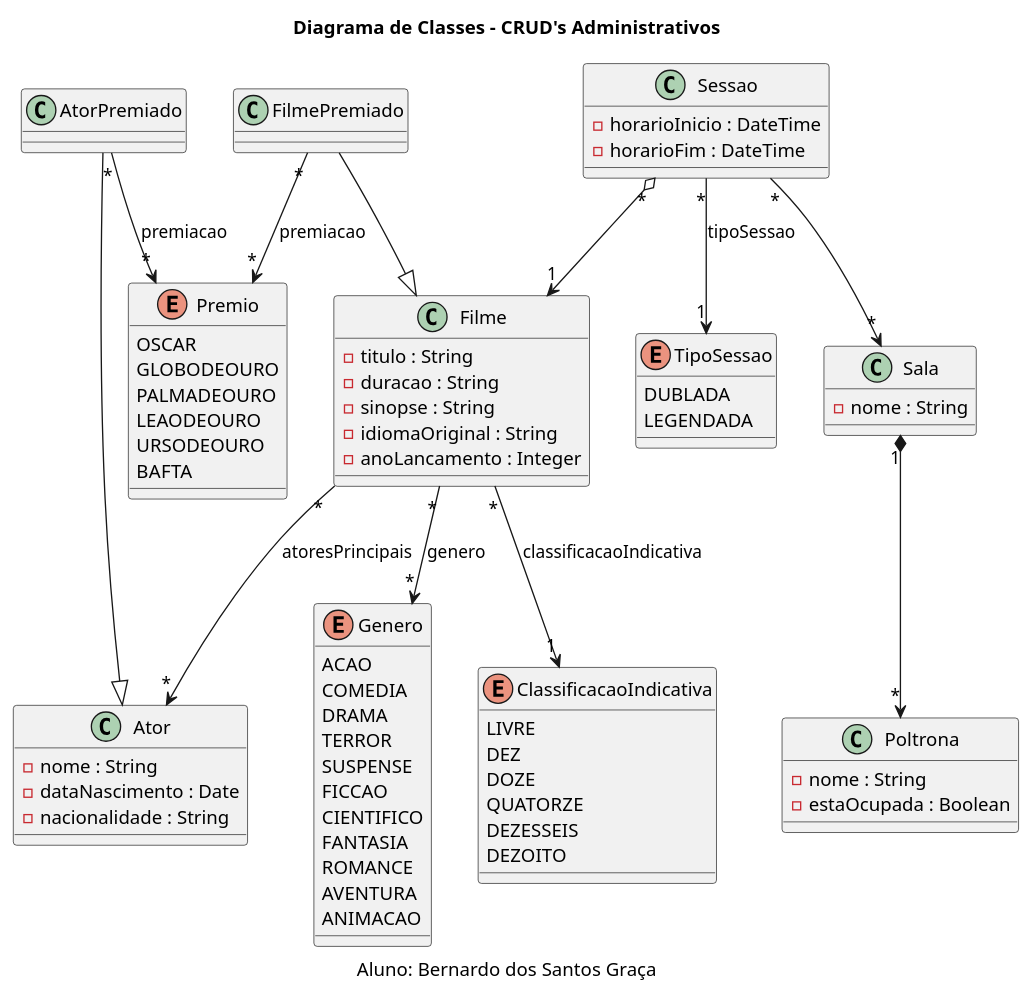
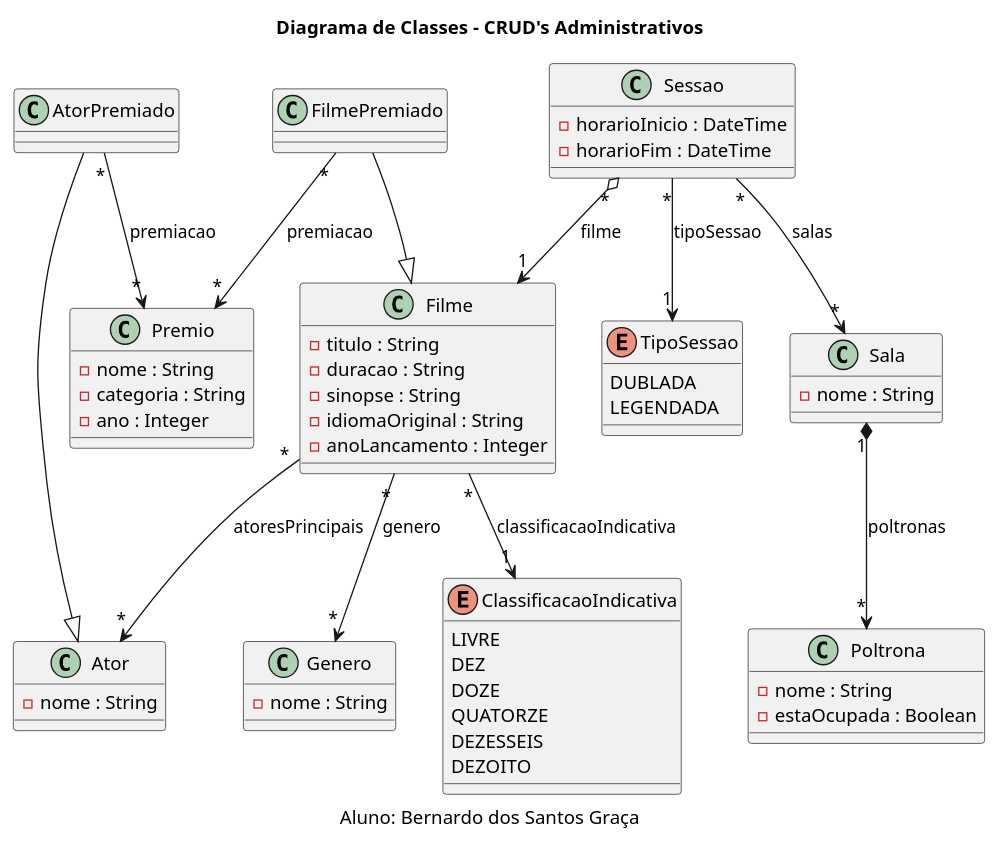
Before and after one commit to bernardoDSG/newsvi-tp1-api: the diagram in src/main/java/br/unitins/diagrams/classesProduto.puml, drawn with PlantUML. The commit also changed 5 other files, not shown here.

```diff
--- a/src/main/java/br/unitins/diagrams/classesProduto.puml
+++ b/src/main/java/br/unitins/diagrams/classesProduto.puml
@@ -1,114 +1,99 @@
 @startuml diagrama
 title Diagrama de Classes - CRUD's Administrativos
 caption Aluno: Bernardo dos Santos Graça
 
 ' --------------------
 ' Classes principais
 ' --------------------
 
 class Filme {
     - titulo : String
     - duracao : String
     - sinopse : String
     - idiomaOriginal : String 
     - anoLancamento : Integer
 }
 
 
 
 enum TipoSessao {
     DUBLADA
     LEGENDADA
 }
 
 enum ClassificacaoIndicativa {
     LIVRE
     DEZ
     DOZE
     QUATORZE
     DEZESSEIS
     DEZOITO
 }
 
-enum Premio {
-    OSCAR
-    GLOBODEOURO
-    PALMADEOURO
-    LEAODEOURO
-    URSODEOURO
-    BAFTA 
+class Premio {
+    - nome : String
+    - categoria : String
+    - ano : Integer
 }
 
-enum Genero {
-    ACAO
-    COMEDIA
-    DRAMA
-    TERROR
-    SUSPENSE
-    FICCAO
-    CIENTIFICO
-    FANTASIA
-    ROMANCE
-    AVENTURA
-    ANIMACAO
+class Genero {
+    - nome : String
 }
 
 
 class Ator {
     - nome : String
-    - dataNascimento : Date
-    - nacionalidade : String
 }
 
 
 
 class Sessao {
     - horarioInicio : DateTime
     - horarioFim : DateTime
 
 }
 
 class Sala {
     - nome : String
 }
 
 class Poltrona {
     - nome : String
     - estaOcupada : Boolean
 }
 
 
 ' --------------------
 ' Subclasses
 ' --------------------
 class AtorPremiado {
 
 }
 
 class FilmePremiado {
 
 }
 
 
 
 
 ' --------------------
 ' Herança
 ' --------------------
 
 AtorPremiado --|> Ator
 FilmePremiado --|> Filme
 
 ' --------------------
 ' Relacionamentos
 ' --------------------
 Filme "*" --> "*" Ator : atoresPrincipais
 Filme "*" --> "*" Genero : genero
 FilmePremiado "*" --> "*" Premio : premiacao
 AtorPremiado "*" --> "*" Premio : premiacao
 Sessao "*" --> "1" TipoSessao : tipoSessao
-Sessao "*" --> "*" Sala
-Sala "1" *--> "*" Poltrona
-Sessao "*" o--> "1" Filme
+Sessao "*" --> "*" Sala : salas
+Sala "1" *--> "*" Poltrona : poltronas
+Sessao "*" o--> "1" Filme : filme
 Filme "*" --> "1" ClassificacaoIndicativa : classificacaoIndicativa
 @enduml
```
